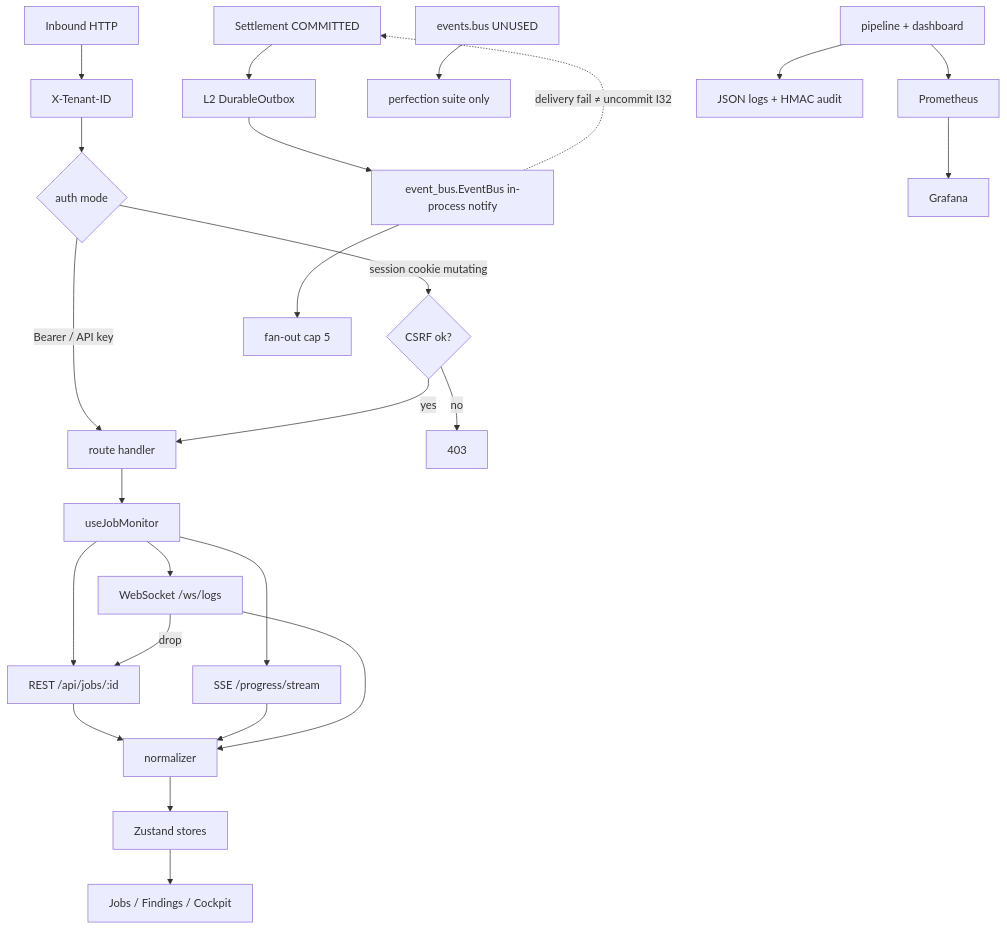
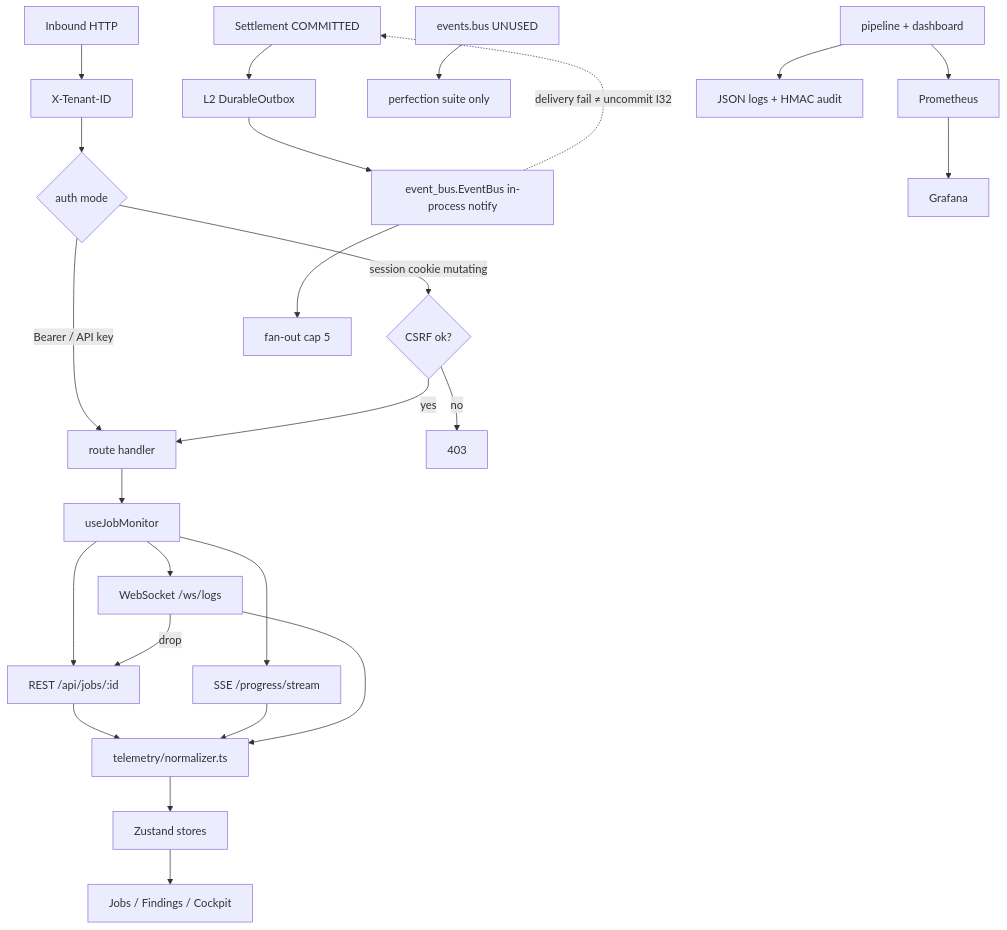
The tenth of 14 diagrams in docs/flowchart.md (AviralGup7/Singularity-Zero), drawn with Mermaid before and after one commit. The commit also changed other lines of this file and 1 other file, not shown here.

````diff
--- a/docs/flowchart.md
+++ b/docs/flowchart.md
@@ -355,27 +355,27 @@
 ```mermaid
 flowchart TD
     HTTP["Inbound HTTP"] --> Tenant["X-Tenant-ID"]
     Tenant --> Auth{"auth mode"}
     Auth -->|"Bearer / API key"| Dispatch["route handler"]
     Auth -->|"session cookie mutating"| CSRF{"CSRF ok?"}
     CSRF -->|no| R403["403"]
     CSRF -->|yes| Dispatch
     Dispatch --> Hook["useJobMonitor"]
     Hook --> REST["REST /api/jobs/:id"]
     Hook --> SSE["SSE /progress/stream"]
     Hook --> WS["WebSocket /ws/logs"]
-    REST --> Norm["normalizer"]
+    REST --> Norm["telemetry/normalizer.ts"]
     SSE --> Norm
     WS --> Norm
     WS -->|drop| REST
     Norm --> Stores["Zustand stores"]
     Stores --> Pages["Jobs / Findings / Cockpit"]
     Settle["Settlement COMMITTED"] --> Outbox["L2 DurableOutbox"]
     Outbox --> LiveBus["event_bus.EventBus in-process notify"]
     LiveBus --> Fan["fan-out cap 5"]
     LiveBus -.->|"delivery fail ≠ uncommit I32"| Settle
     Unused["events.bus UNUSED"] --> PerfSuite["perfection suite only"]
     App["pipeline + dashboard"] --> Prom["Prometheus"]
     App --> Logs["JSON logs + HMAC audit"]
     Prom --> Graf["Grafana"]
 ```
````
